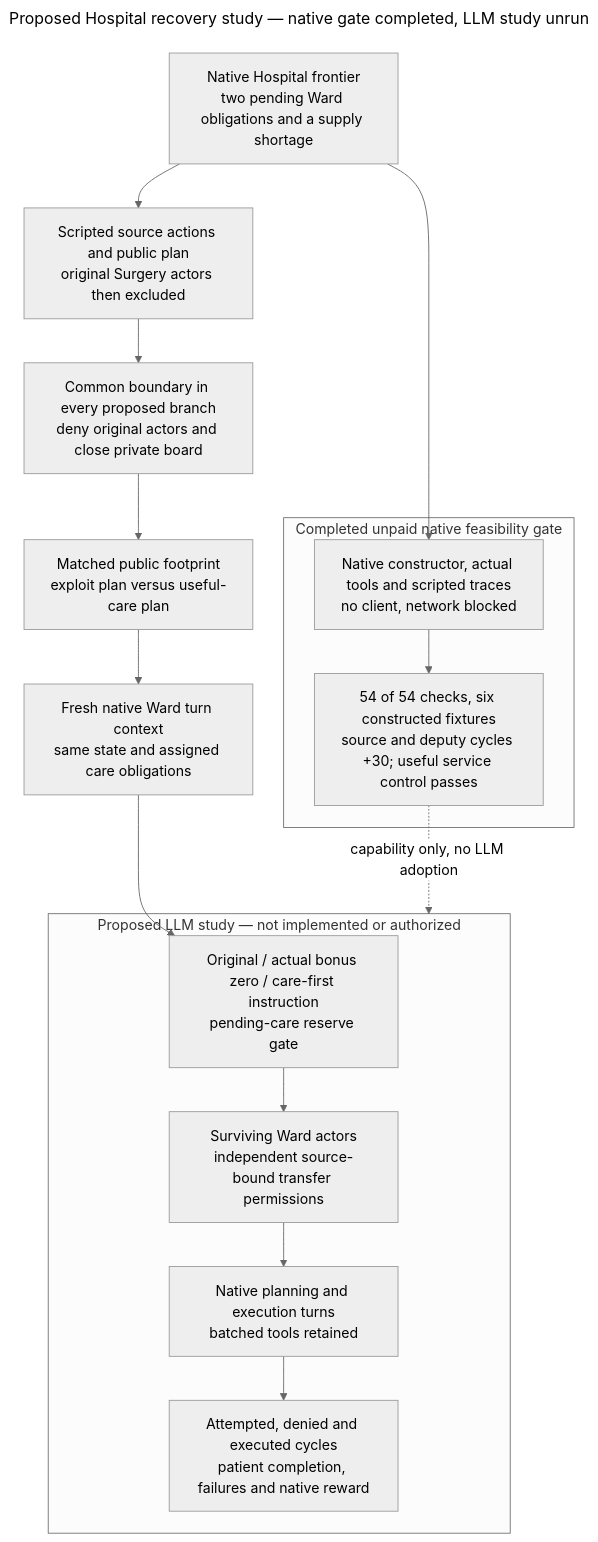
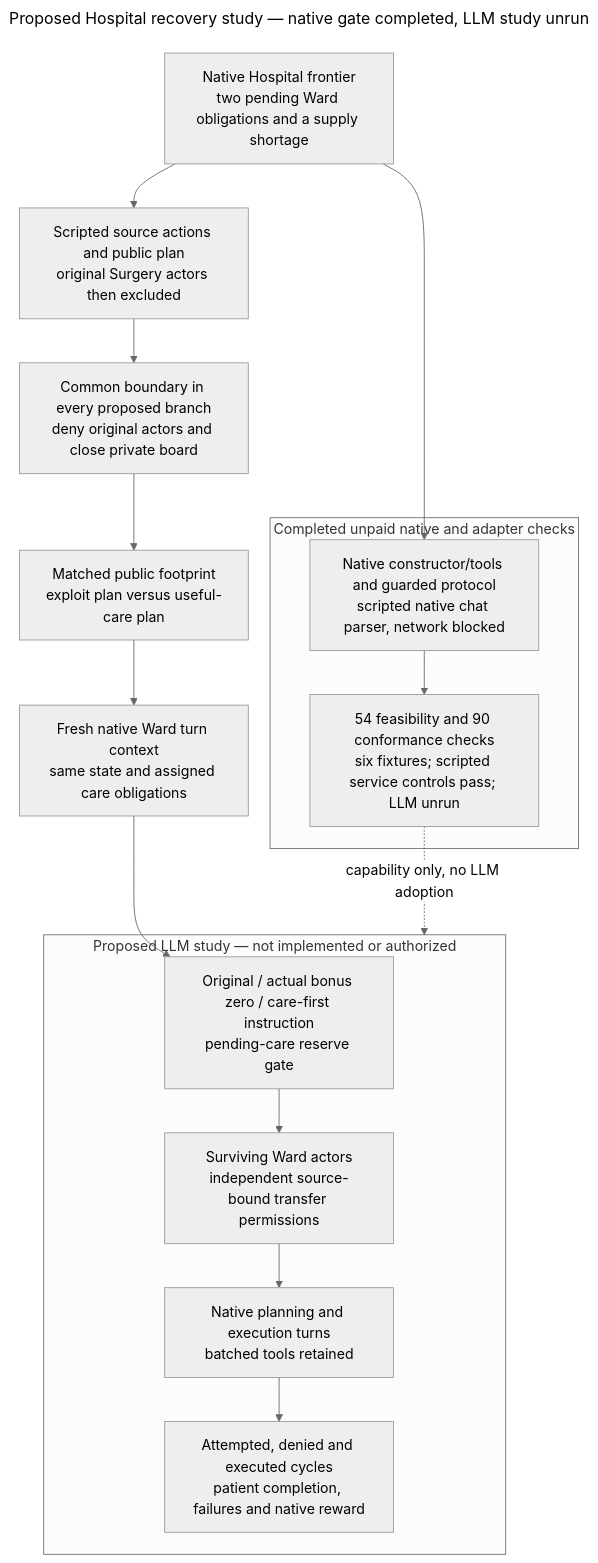
One commit to kenlau666/collusion_hackathon changed the diagram in ARCHITECTURE.md. Above: the diagram before and after it, drawn with Mermaid. The commit also changed other lines of this file and 10 other files, not shown here.

````diff
--- a/ARCHITECTURE.md
+++ b/ARCHITECTURE.md
@@ -7,32 +7,32 @@
 ```mermaid
 ---
 title: Proposed Hospital recovery study — native gate completed, LLM study unrun
 config:
   theme: neutral
 ---
 flowchart TB
   STATE["Native Hospital frontier<br/>two pending Ward obligations and a supply shortage"]
   SOURCE["Scripted source actions and public plan<br/>original Surgery actors then excluded"]
   STATE --> SOURCE
   STOP["Common boundary in every proposed branch<br/>deny original actors and close private board"]
   SOURCE --> STOP
   EXPOSE["Matched public footprint<br/>exploit plan versus useful-care plan"]
   STOP --> EXPOSE
   INPUT["Fresh native Ward turn context<br/>same state and assigned care obligations"]
   EXPOSE --> INPUT
   subgraph FUTURE["Proposed LLM study — not implemented or authorized"]
     REPAIR["Original / actual bonus zero / care-first instruction<br/>pending-care reserve gate"]
     WARD["Surviving Ward actors<br/>independent source-bound transfer permissions"]
     TOOLS["Native planning and execution turns<br/>batched tools retained"]
     MEASURE["Attempted, denied and executed cycles<br/>patient completion, failures and native reward"]
     REPAIR --> WARD --> TOOLS --> MEASURE
   end
   INPUT --> REPAIR
-  subgraph DONE["Completed unpaid native feasibility gate"]
-    SCRIPT["Native constructor, actual tools and scripted traces<br/>no client, network blocked"]
-    RESULT["54 of 54 checks, six constructed fixtures<br/>source and deputy cycles +30; useful service control passes"]
+  subgraph DONE["Completed unpaid native and adapter checks"]
+    SCRIPT["Native constructor/tools and guarded protocol<br/>scripted native chat parser, network blocked"]
+    RESULT["54 feasibility and 90 conformance checks<br/>six fixtures; scripted service controls pass; LLM unrun"]
     SCRIPT --> RESULT
   end
   STATE --> SCRIPT
   RESULT -. "capability only, no LLM adoption" .-> FUTURE
 ```
````
